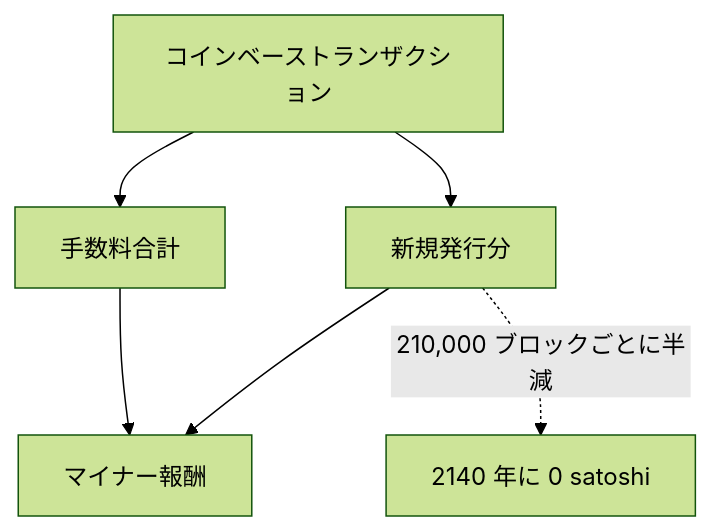
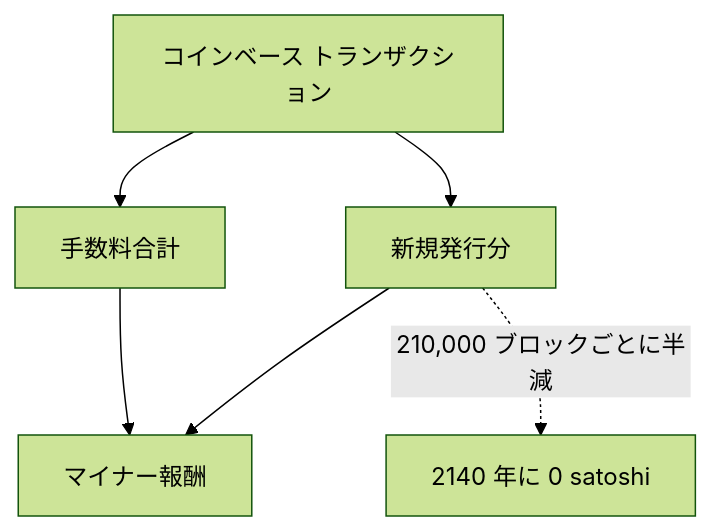
One commit to cypher256/BitcoinArchive changed the diagram in src/data/translations/ja/analysis/2026-05-18-mining-reward-exhaustion-fee-only-future.md. Above: the diagram before and after it, drawn with Mermaid (forest theme). The commit also changed other lines of this file and 20 other files, not shown here.

````diff
--- a/src/data/translations/ja/analysis/2026-05-18-mining-reward-exhaustion-fee-only-future.md
+++ b/src/data/translations/ja/analysis/2026-05-18-mining-reward-exhaustion-fee-only-future.md
@@ -60,8 +61,8 @@
 ```mermaid
 graph TD
-  CB[コインベーストランザクション] --> S[新規発行分]
+  CB[コインベース トランザクション] --> S[新規発行分]
   CB --> F[手数料合計]
   S --> M[マイナー報酬]
   F --> M
   S -.->|210,000 ブロックごとに半減| Z[2140 年に 0 satoshi]
 ```
````
